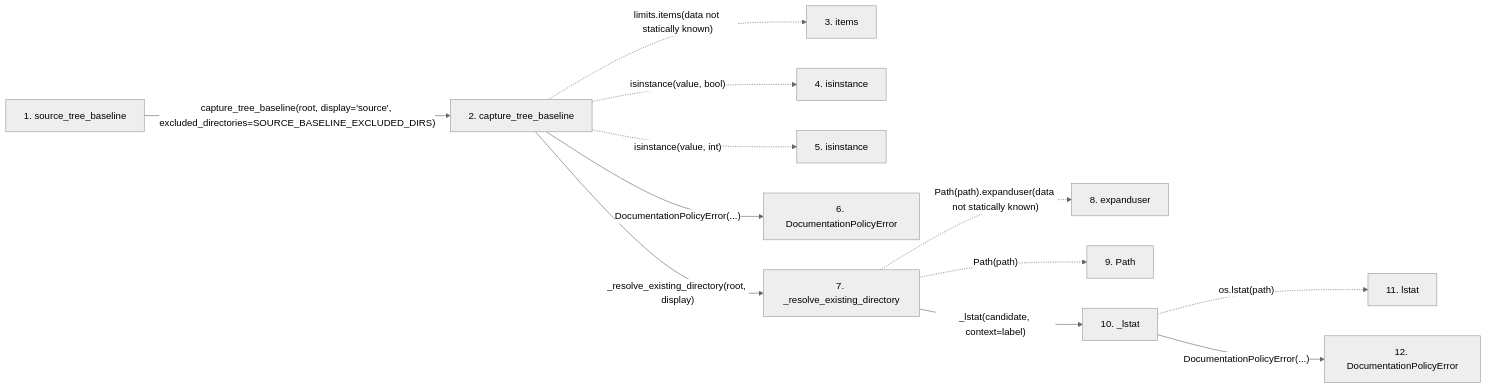
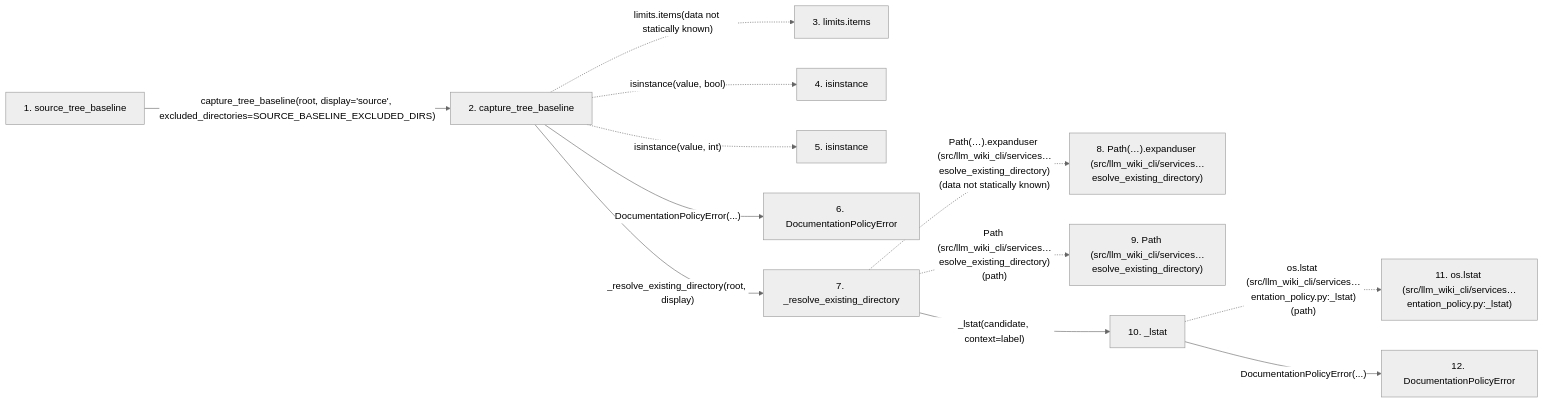
Before and after one commit to Denissvgn/python-wiki-llm: the second of 2 diagrams in docs/llm_wiki/flows/api-source_tree_baseline.md, drawn with Mermaid (neutral theme). The commit also changed other lines of this file and 719 other files, not shown here.

````diff
--- a/docs/llm_wiki/flows/api-source_tree_baseline.md
+++ b/docs/llm_wiki/flows/api-source_tree_baseline.md
@@ -70,32 +72,32 @@
 ```mermaid
 flowchart LR
     s1["1. source_tree_baseline"]
     s2["2. capture_tree_baseline"]
-    s3["3. items"]
+    s3["3. limits.items"]
     s4["4. isinstance"]
     s5["5. isinstance"]
     s6["6. DocumentationPolicyError"]
     s7["7. _resolve_existing_directory"]
-    s8["8. expanduser"]
-    s9["9. Path"]
+    s8["8. Path(…).expanduser (src/llm_wiki_cli/services…esolve_existing_directory)"]
+    s9["9. Path (src/llm_wiki_cli/services…esolve_existing_directory)"]
     s10["10. _lstat"]
-    s11["11. lstat"]
+    s11["11. os.lstat (src/llm_wiki_cli/services…entation_policy.py:_lstat)"]
     s12["12. DocumentationPolicyError"]
     s1 -->|"capture_tree_baseline(root, display='source', excluded_directories=SOURCE_BASELINE_EXCLUDED_DIRS)"| s2
     s2 -. "limits.items(data not statically known)" .-> s3
     s2 -. "isinstance(value, bool)" .-> s4
     s2 -. "isinstance(value, int)" .-> s5
     s2 -->|"DocumentationPolicyError(...)"| s6
     s2 -->|"_resolve_existing_directory(root, display)"| s7
-    s7 -. "Path(path).expanduser(data not statically known)" .-> s8
-    s7 -. "Path(path)" .-> s9
+    s7 -. "Path(…).expanduser (src/llm_wiki_cli/services…esolve_existing_directory)(data not statically known)" .-> s8
+    s7 -. "Path (src/llm_wiki_cli/services…esolve_existing_directory)(path)" .-> s9
     s7 -->|"_lstat(candidate, context=label)"| s10
-    s10 -. "os.lstat(path)" .-> s11
+    s10 -. "os.lstat (src/llm_wiki_cli/services…entation_policy.py:_lstat)(path)" .-> s11
     s10 -->|"DocumentationPolicyError(...)"| s12
     click s1 "../modules/documentation_policy.md"
     click s2 "../modules/documentation_policy.md"
     click s6 "../modules/documentation_policy.md"
     click s7 "../modules/documentation_policy.md"
     click s10 "../modules/documentation_policy.md"
     click s12 "../modules/documentation_policy.md"
 ```
````
